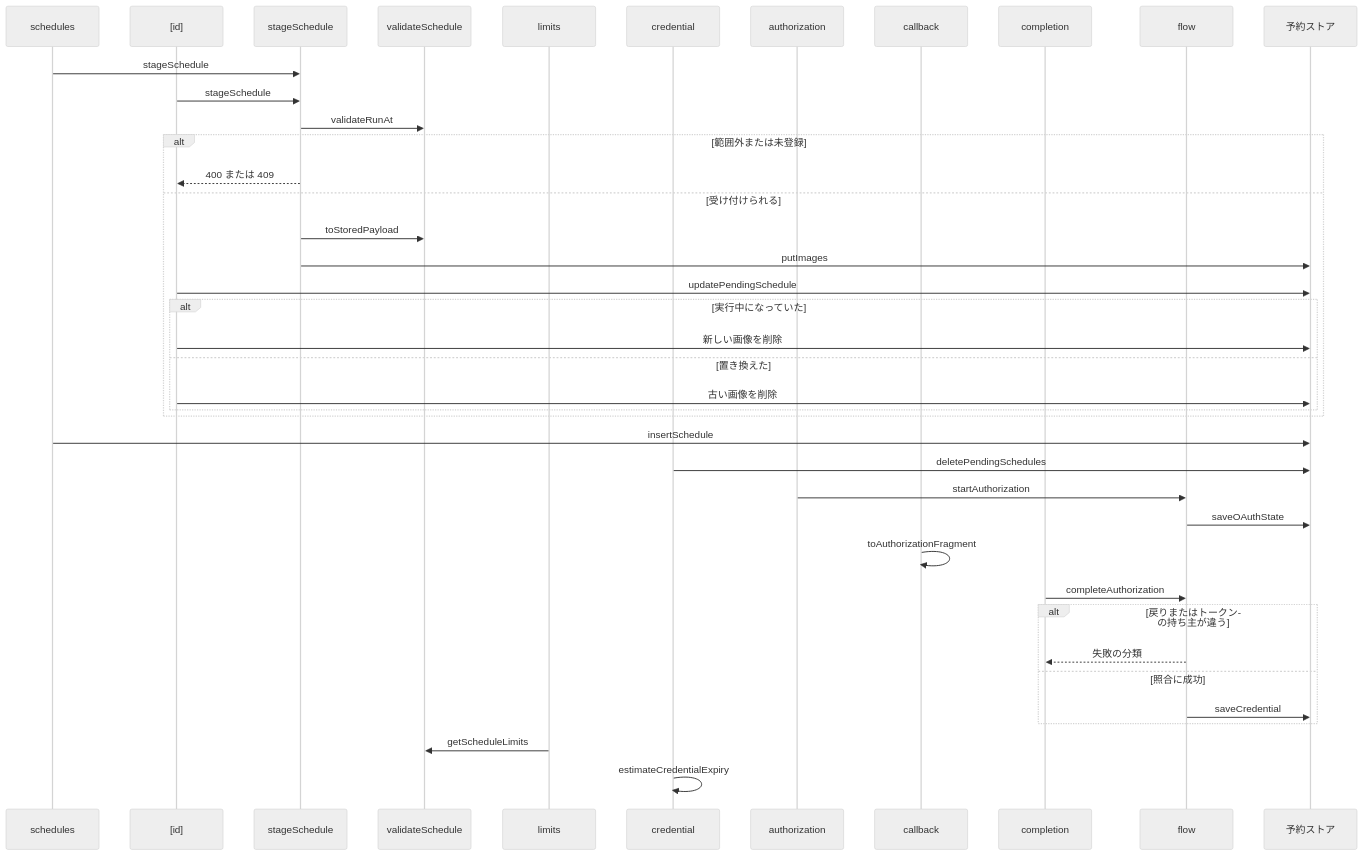
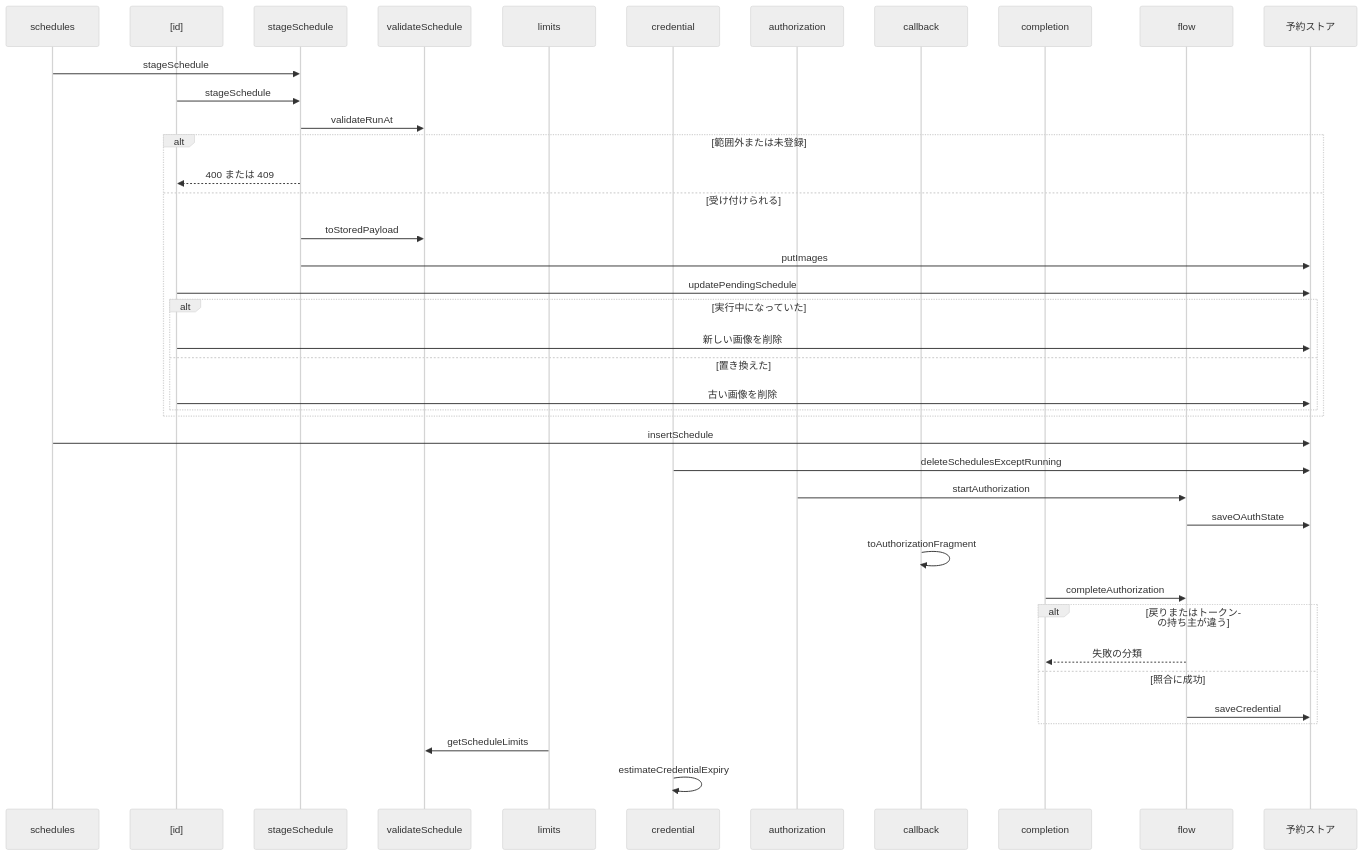
One commit to nekono-dev/skyshare changed the third of 3 diagrams in specs/schedule-api/design.md. Above: the diagram before and after it, drawn with Mermaid (neutral theme). The commit also changed other lines of this file and 21 other files, not shown here.

````diff
--- a/specs/schedule-api/design.md
+++ b/specs/schedule-api/design.md
@@ -101,42 +101,42 @@
 ```mermaid
 sequenceDiagram
   participant schedules
   participant id as [id]
   participant stageSchedule
   participant validateSchedule
   participant limits
   participant credential
   participant authorization
   participant callback
   participant completion
   participant flow
   participant ext_store as 予約ストア
   schedules->>stageSchedule: stageSchedule
   id->>stageSchedule: stageSchedule
   stageSchedule->>validateSchedule: validateRunAt
   alt 範囲外または未登録
     stageSchedule-->>id: 400 または 409
   else 受け付けられる
     stageSchedule->>validateSchedule: toStoredPayload
     stageSchedule->>ext_store: putImages
     id->>ext_store: updatePendingSchedule
     alt 実行中になっていた
       id->>ext_store: 新しい画像を削除
     else 置き換えた
       id->>ext_store: 古い画像を削除
     end
   end
   schedules->>ext_store: insertSchedule
-  credential->>ext_store: deletePendingSchedules
+  credential->>ext_store: deleteSchedulesExceptRunning
   authorization->>flow: startAuthorization
   flow->>ext_store: saveOAuthState
   callback->>callback: toAuthorizationFragment
   completion->>flow: completeAuthorization
   alt 戻りまたはトークンの持ち主が違う
     flow-->>completion: 失敗の分類
   else 照合に成功
     flow->>ext_store: saveCredential
   end
   limits->>validateSchedule: getScheduleLimits
   credential->>credential: estimateCredentialExpiry
 ```
````
